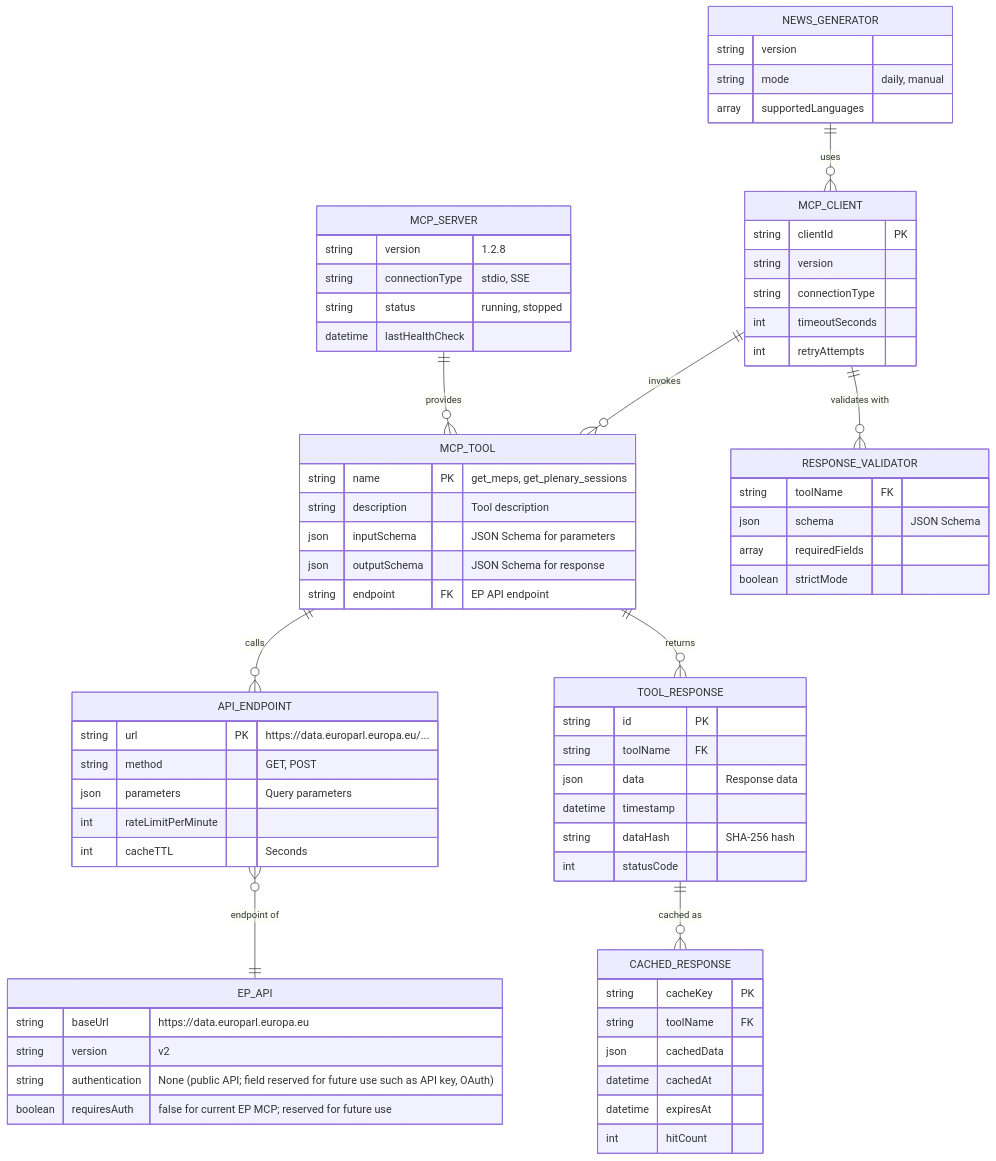
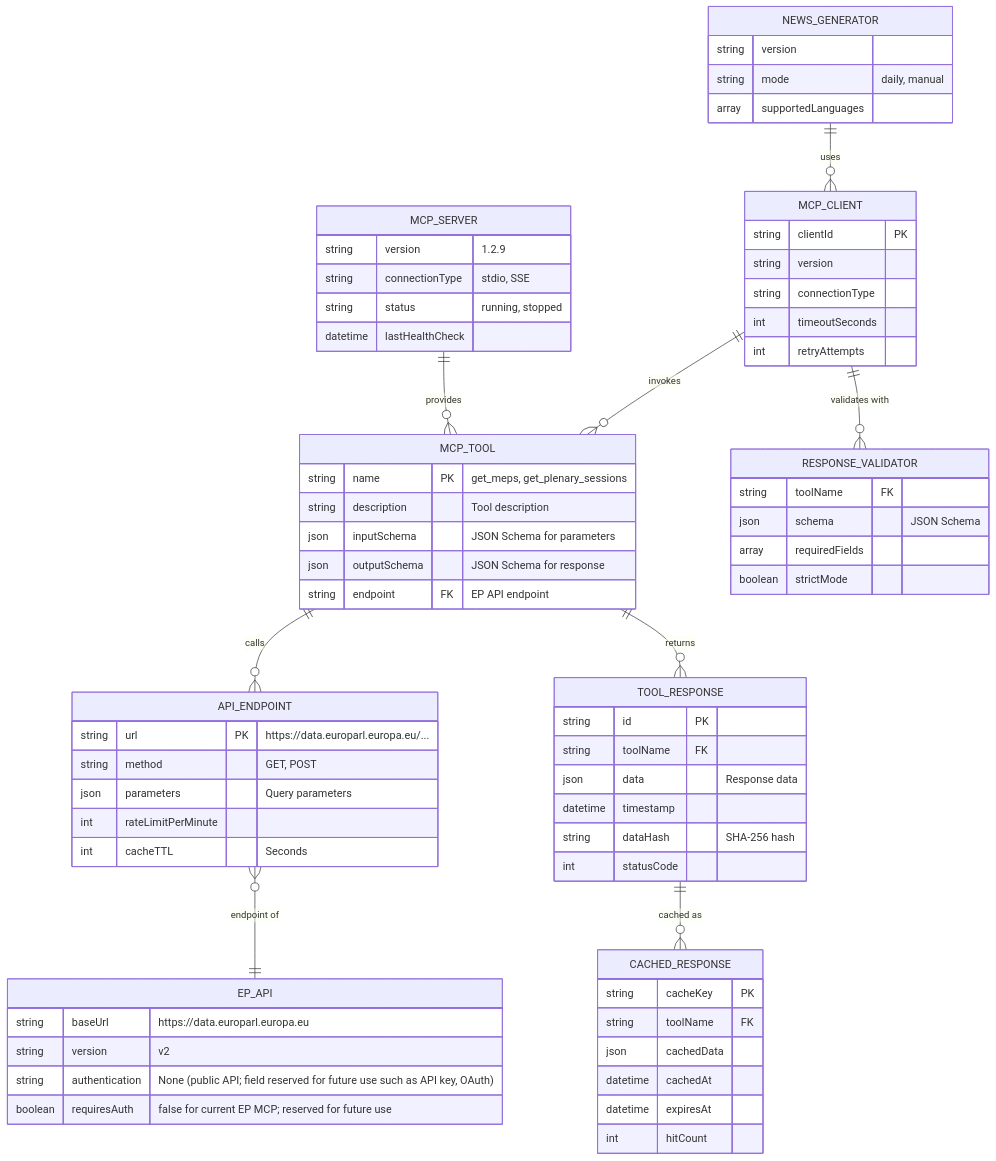
One commit to Hack23/euparliamentmonitor changed the third of 9 diagrams in DATA_MODEL.md. Above: the diagram before and after it, drawn with Mermaid. The commit also changed 39 other files, not shown here.

````diff
--- a/DATA_MODEL.md
+++ b/DATA_MODEL.md
@@ -653,81 +653,81 @@
 ```mermaid
 erDiagram
     MCP_SERVER ||--o{ MCP_TOOL : "provides"
     MCP_TOOL ||--o{ API_ENDPOINT : "calls"
     API_ENDPOINT }o--|| EP_API : "endpoint of"
     MCP_TOOL ||--o{ TOOL_RESPONSE : "returns"
     TOOL_RESPONSE ||--o{ CACHED_RESPONSE : "cached as"
 
     NEWS_GENERATOR ||--o{ MCP_CLIENT : "uses"
     MCP_CLIENT ||--o{ MCP_TOOL : "invokes"
     MCP_CLIENT ||--o{ RESPONSE_VALIDATOR : "validates with"
 
     MCP_SERVER {
-        string version "1.2.8"
+        string version "1.2.9"
         string connectionType "stdio, SSE"
         string status "running, stopped"
         datetime lastHealthCheck
     }
 
     MCP_TOOL {
         string name PK "get_meps, get_plenary_sessions"
         string description "Tool description"
         json inputSchema "JSON Schema for parameters"
         json outputSchema "JSON Schema for response"
         string endpoint FK "EP API endpoint"
     }
 
     API_ENDPOINT {
         string url PK "https://data.europarl.europa.eu/..."
         string method "GET, POST"
         json parameters "Query parameters"
         int rateLimitPerMinute
         int cacheTTL "Seconds"
     }
 
     EP_API {
         string baseUrl "https://data.europarl.europa.eu"
         string version "v2"
         string authentication "None (public API; field reserved for future use such as API key, OAuth)"
         boolean requiresAuth "false for current EP MCP; reserved for future use"
     }
 
     TOOL_RESPONSE {
         string id PK
         string toolName FK
         json data "Response data"
         datetime timestamp
         string dataHash "SHA-256 hash"
         int statusCode
     }
 
     CACHED_RESPONSE {
         string cacheKey PK
         string toolName FK
         json cachedData
         datetime cachedAt
         datetime expiresAt
         int hitCount
     }
 
     MCP_CLIENT {
         string clientId PK
         string version
         string connectionType
         int timeoutSeconds
         int retryAttempts
     }
 
     RESPONSE_VALIDATOR {
         string toolName FK
         json schema "JSON Schema"
         array requiredFields
         boolean strictMode
     }
 
     NEWS_GENERATOR {
         string version
         string mode "daily, manual"
         array supportedLanguages
     }
 ```
````
